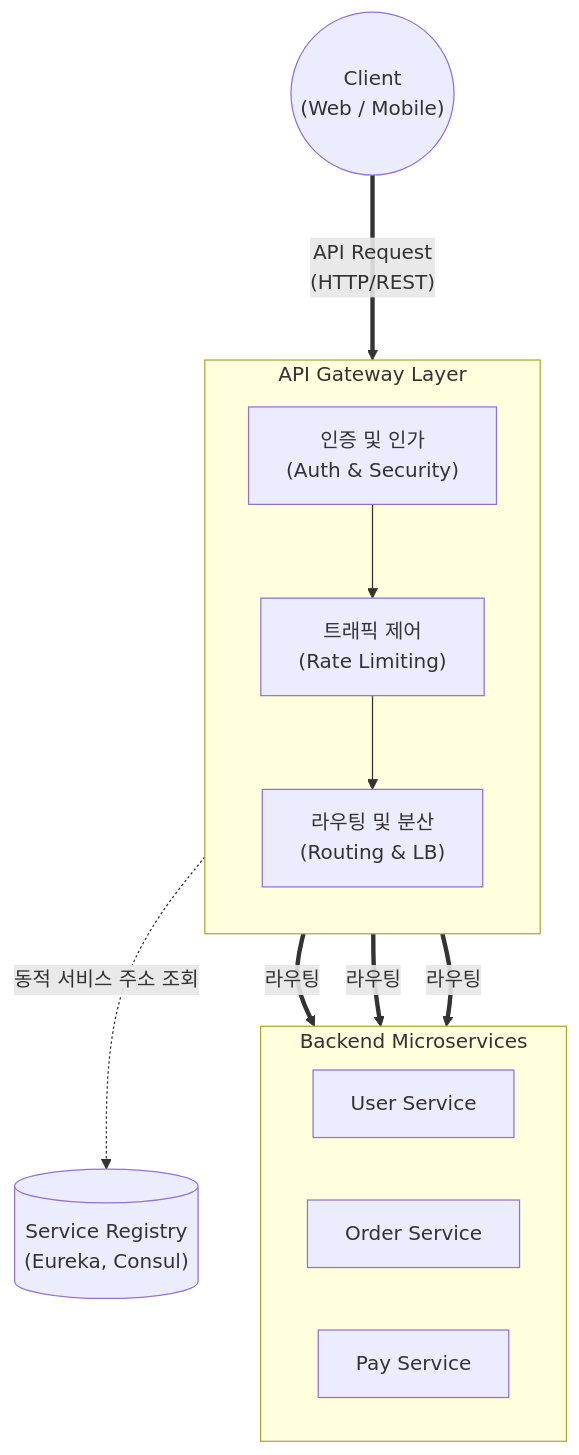
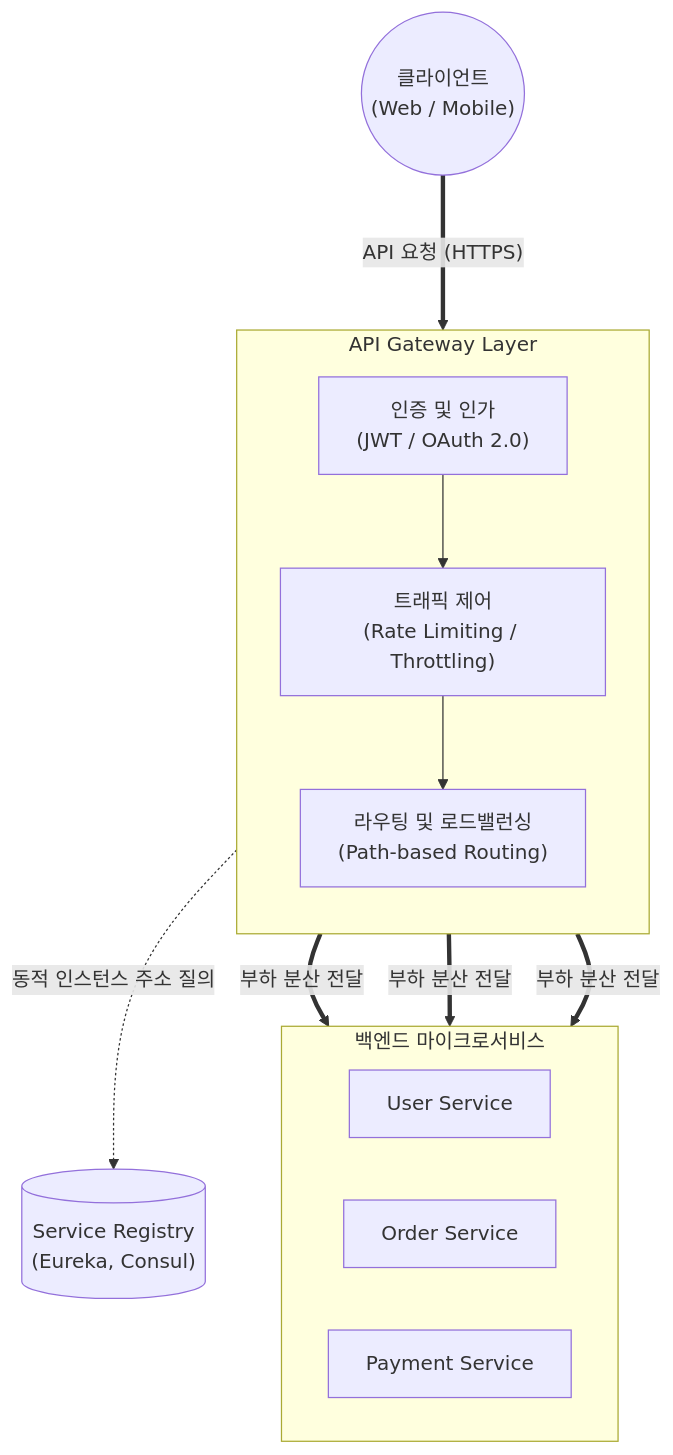
One commit to supremethumb/supremethumb.github.io changed the diagram in content/01_IT Tech/API Gateway.md. Above: the diagram before and after it, drawn with Mermaid. The commit also changed other lines of this file and 362 other files, not shown here.

````diff
--- a/content/01_IT Tech/API Gateway.md
+++ b/content/01_IT Tech/API Gateway.md
@@ -23,29 +30,28 @@
 ```mermaid
 flowchart TB
-    Client(("Client<br/>(Web / Mobile)"))
+    Client(("클라이언트<br/>(Web / Mobile)"))
 
     subgraph API_Gateway["API Gateway Layer"]
         direction TB
-        Auth["인증 및 인가<br/>(Auth & Security)"]
-        Rate["트래픽 제어<br/>(Rate Limiting)"]
-        Route["라우팅 및 분산<br/>(Routing & LB)"]
+        Auth["인증 및 인가<br/>(JWT / OAuth 2.0)"]
+        Rate["트래픽 제어<br/>(Rate Limiting / Throttling)"]
+        Route["라우팅 및 로드밸런싱<br/>(Path-based Routing)"]
         
         Auth --> Rate --> Route
     end
 
-    subgraph Microservices["Backend Microservices"]
+    subgraph Microservices["백엔드 마이크로서비스"]
         direction LR
         MS_A["User Service"]
         MS_B["Order Service"]
-        MS_C["Pay Service"]
+        MS_C["Payment Service"]
     end
 
     Registry[("Service Registry<br/>(Eureka, Consul)")]
 
-    Client == "API Request<br/>(HTTP/REST)" ===> API_Gateway
-    Route -. "동적 서비스 주소 조회" .-> Registry
-    Route == "라우팅" ==> MS_A
-    Route == "라우팅" ==> MS_B
-    Route == "라우팅" ==> MS_C
-
+    Client == "API 요청 (HTTPS)" ===> API_Gateway
+    Route -. "동적 인스턴스 주소 질의" .-> Registry
+    Route == "부하 분산 전달" ==> MS_A
+    Route == "부하 분산 전달" ==> MS_B
+    Route == "부하 분산 전달" ==> MS_C
 ```
````
